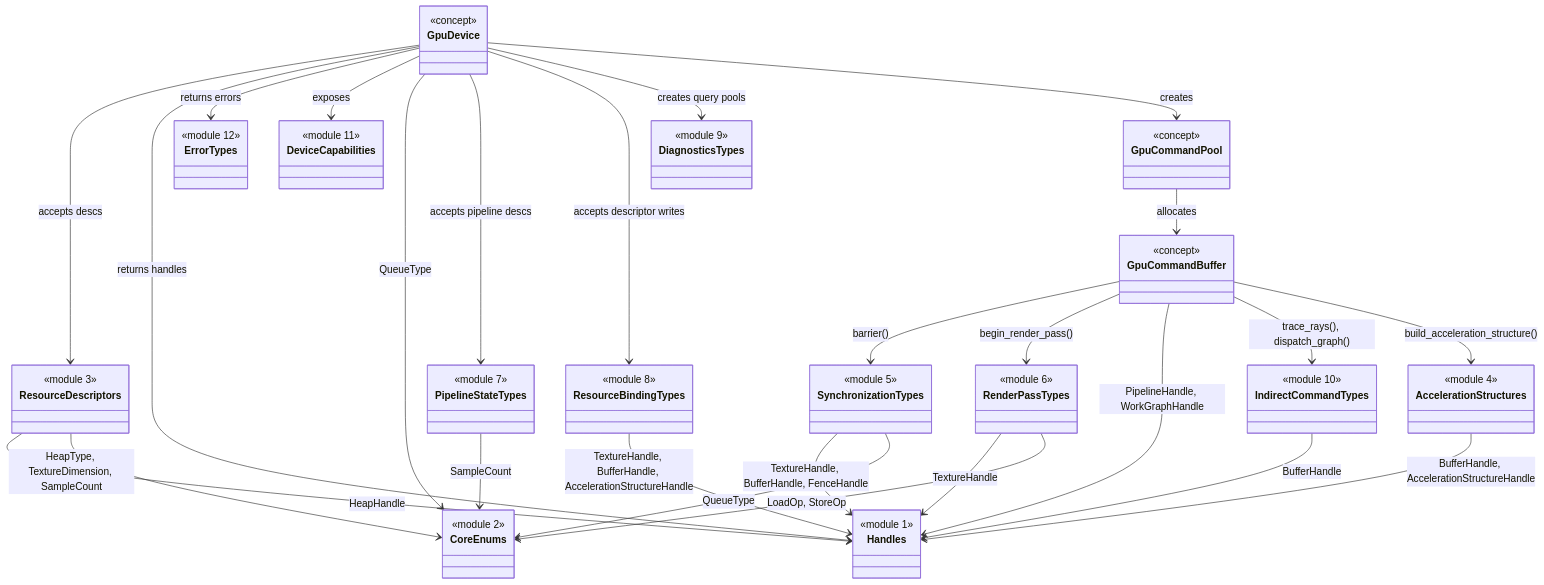
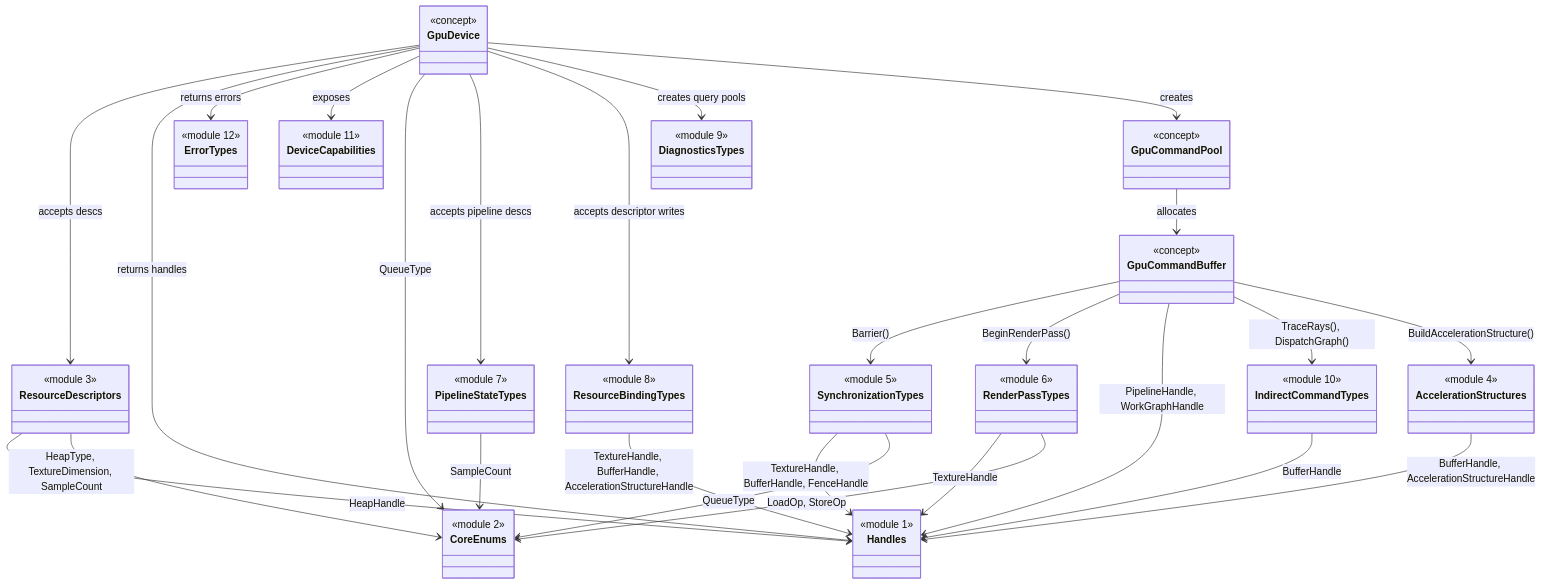
Before and after one commit to harmonius-dev/harmonius: diagram 14 of 17 in docs/design/gpu-backend-interface-classes.md, drawn with Mermaid. The commit also changed other lines of this file and 67 other files, not shown here.

````diff
--- a/docs/design/gpu-backend-interface-classes.md
+++ b/docs/design/gpu-backend-interface-classes.md
@@ -866,74 +866,74 @@
 ```mermaid
 classDiagram
     class Handles {
         <<module 1>>
     }
     class CoreEnums {
         <<module 2>>
     }
     class ResourceDescriptors {
         <<module 3>>
     }
     class AccelerationStructures {
         <<module 4>>
     }
     class SynchronizationTypes {
         <<module 5>>
     }
     class RenderPassTypes {
         <<module 6>>
     }
     class PipelineStateTypes {
         <<module 7>>
     }
     class ResourceBindingTypes {
         <<module 8>>
     }
     class DiagnosticsTypes {
         <<module 9>>
     }
     class IndirectCommandTypes {
         <<module 10>>
     }
     class DeviceCapabilities {
         <<module 11>>
     }
     class ErrorTypes {
         <<module 12>>
     }
     class GpuDevice {
         <<concept>>
     }
     class GpuCommandBuffer {
         <<concept>>
     }
     class GpuCommandPool {
         <<concept>>
     }
 
     ResourceDescriptors --> Handles : HeapHandle
     ResourceDescriptors --> CoreEnums : HeapType, TextureDimension, SampleCount
     AccelerationStructures --> Handles : BufferHandle, AccelerationStructureHandle
     SynchronizationTypes --> Handles : TextureHandle, BufferHandle, FenceHandle
     SynchronizationTypes --> CoreEnums : QueueType
     RenderPassTypes --> Handles : TextureHandle
     RenderPassTypes --> CoreEnums : LoadOp, StoreOp
     PipelineStateTypes --> CoreEnums : SampleCount
     ResourceBindingTypes --> Handles : TextureHandle, BufferHandle, AccelerationStructureHandle
     IndirectCommandTypes --> Handles : BufferHandle
     GpuDevice --> ResourceDescriptors : accepts descs
     GpuDevice --> Handles : returns handles
     GpuDevice --> ErrorTypes : returns errors
     GpuDevice --> DeviceCapabilities : exposes
     GpuDevice --> CoreEnums : QueueType
     GpuDevice --> PipelineStateTypes : accepts pipeline descs
     GpuDevice --> ResourceBindingTypes : accepts descriptor writes
     GpuDevice --> DiagnosticsTypes : creates query pools
-    GpuCommandBuffer --> SynchronizationTypes : barrier()
-    GpuCommandBuffer --> RenderPassTypes : begin_render_pass()
+    GpuCommandBuffer --> SynchronizationTypes : Barrier()
+    GpuCommandBuffer --> RenderPassTypes : BeginRenderPass()
     GpuCommandBuffer --> Handles : PipelineHandle, WorkGraphHandle
-    GpuCommandBuffer --> IndirectCommandTypes : trace_rays(), dispatch_graph()
-    GpuCommandBuffer --> AccelerationStructures : build_acceleration_structure()
+    GpuCommandBuffer --> IndirectCommandTypes : TraceRays(), DispatchGraph()
+    GpuCommandBuffer --> AccelerationStructures : BuildAccelerationStructure()
     GpuDevice --> GpuCommandPool : creates
     GpuCommandPool --> GpuCommandBuffer : allocates
 ```
````
